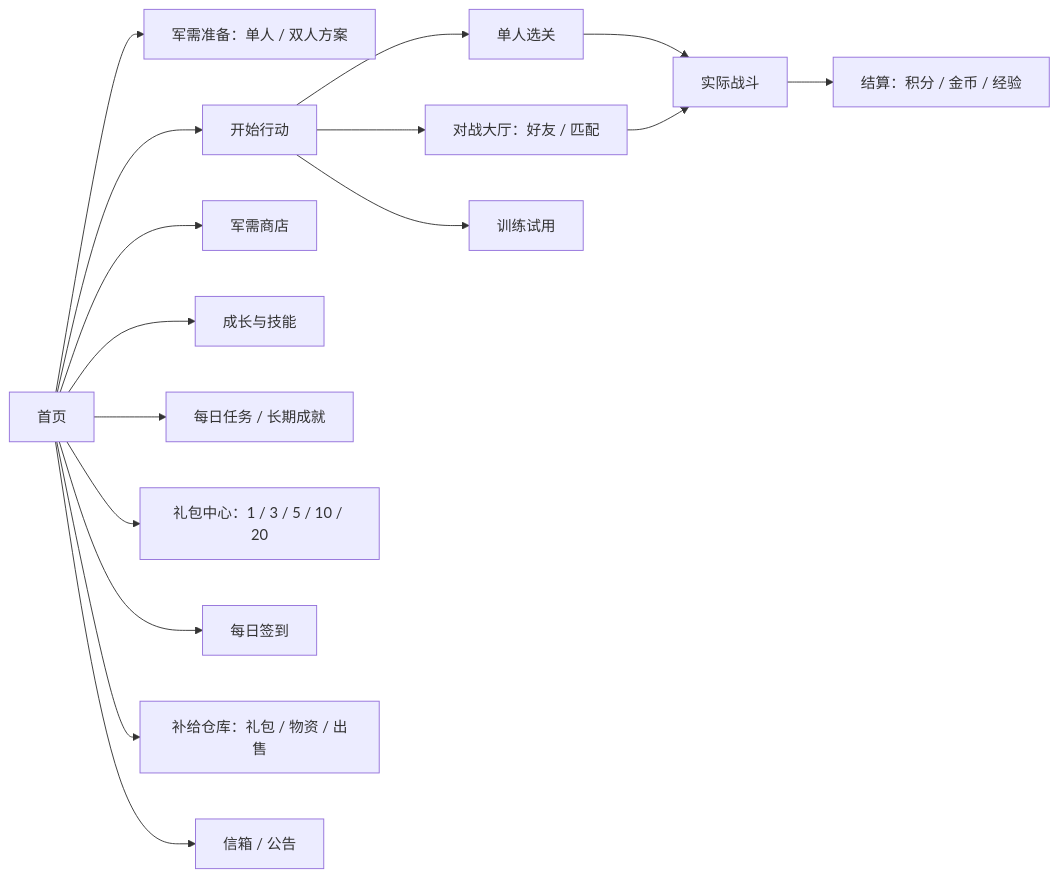
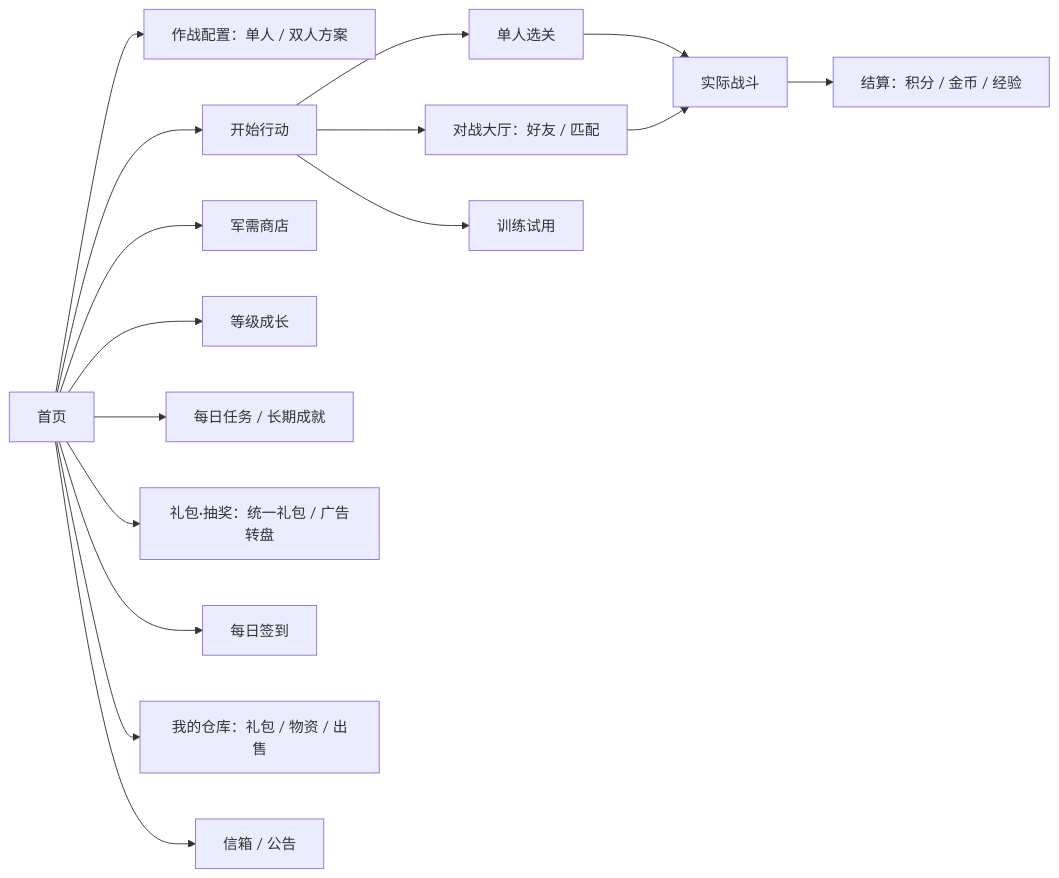
Before and after one commit to coffeeeeffoc/small-games: the diagram in games/local/night-overwatch/docs/design/2026-10-29-personal-assets-plan.md, drawn with Mermaid. The commit also changed other lines of this file and 86 other files, not shown here.

````diff
--- a/games/local/night-overwatch/docs/design/2026-10-29-personal-assets-plan.md
+++ b/games/local/night-overwatch/docs/design/2026-10-29-personal-assets-plan.md
@@ -147,18 +209,18 @@
 ```mermaid
 flowchart LR
-  H[首页] --> L[军需准备：单人 / 双人方案]
+  H[首页] --> L[作战配置：单人 / 双人方案]
   H --> M[开始行动]
   M --> S[单人选关]
   M --> D[对战大厅：好友 / 匹配]
   M --> T[训练试用]
   H --> Shop[军需商店]
-  H --> G[成长与技能]
+  H --> G[等级成长]
   H --> Q[每日任务 / 长期成就]
-  H --> P[礼包中心：1 / 3 / 5 / 10 / 20]
+  H --> P[礼包·抽奖：统一礼包 / 广告转盘]
   H --> Check[每日签到]
-  H --> I[补给仓库：礼包 / 物资 / 出售]
+  H --> I[我的仓库：礼包 / 物资 / 出售]
   H --> Mail[信箱 / 公告]
   S --> Battle[实际战斗]
   D --> Battle
   Battle --> Result[结算：积分 / 金币 / 经验]
 ```
````
